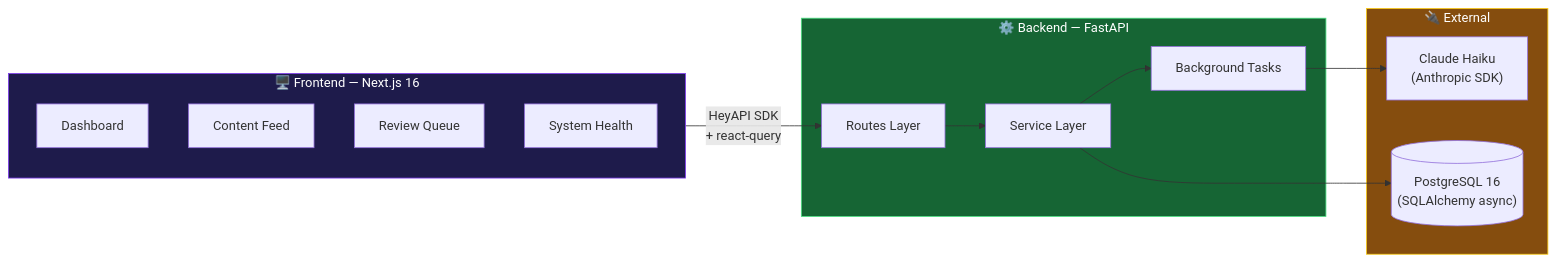
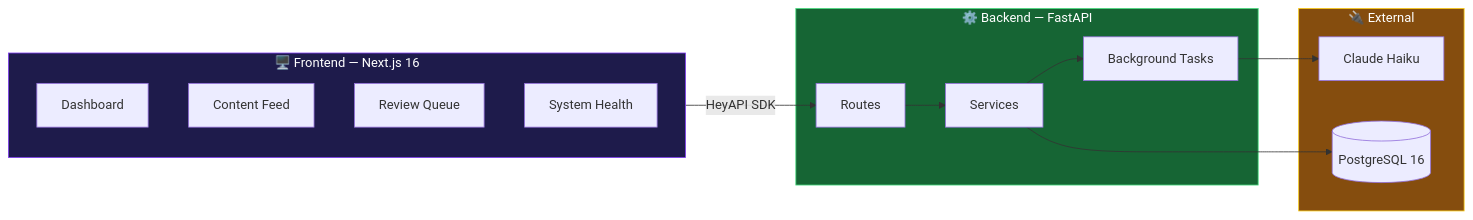
One commit to zainulhassan815/nextjs-fastapi-starter changed diagram 12 of 12 in presentation.qmd. Above: the diagram before and after it, drawn with Mermaid. The commit also changed other lines of this file and 3 other files, not shown here.

````diff
--- a/presentation.qmd
+++ b/presentation.qmd
@@ -873,31 +822,32 @@
 ```{mermaid}
-%%| fig-width: 11
+%%| fig-width: 10
+%%| fig-height: 3
 flowchart LR
     subgraph Frontend["🖥️ Frontend — Next.js 16"]
         FE1["Dashboard"]
         FE2["Content Feed"]
         FE3["Review Queue"]
         FE4["System Health"]
     end
 
     subgraph Backend["⚙️ Backend — FastAPI"]
-        BE1["Routes Layer"]
-        BE2["Service Layer"]
+        BE1["Routes"]
+        BE2["Services"]
         BE3["Background Tasks"]
     end
 
     subgraph External["🔌 External"]
-        AI["Claude Haiku\n(Anthropic SDK)"]
-        DB[("PostgreSQL 16\n(SQLAlchemy async)")]
+        AI["Claude Haiku"]
+        DB[("PostgreSQL 16")]
     end
 
-    Frontend -->|"HeyAPI SDK\n+ react-query"| BE1
+    Frontend -->|"HeyAPI SDK"| BE1
     BE1 --> BE2
     BE2 --> BE3
     BE3 --> AI
     BE2 --> DB
 
     style Frontend fill:#1e1b4b,stroke:#7c3aed,color:#fff
     style Backend fill:#166534,stroke:#4ade80,color:#fff
     style External fill:#854d0e,stroke:#facc15,color:#fff
 ```
````
